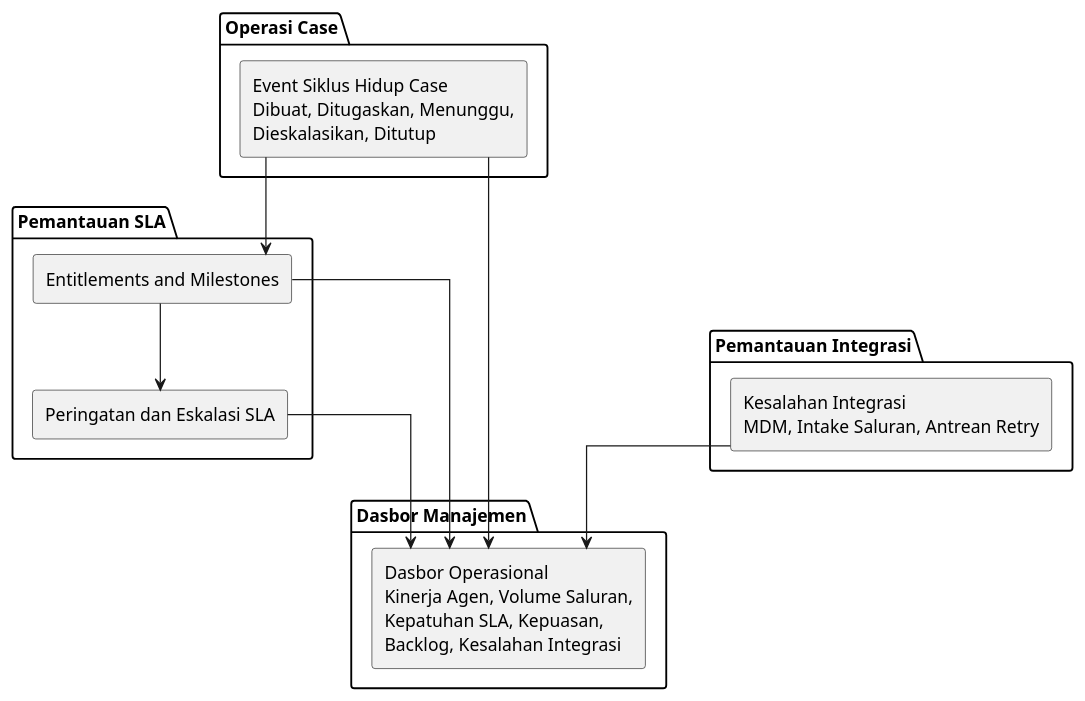
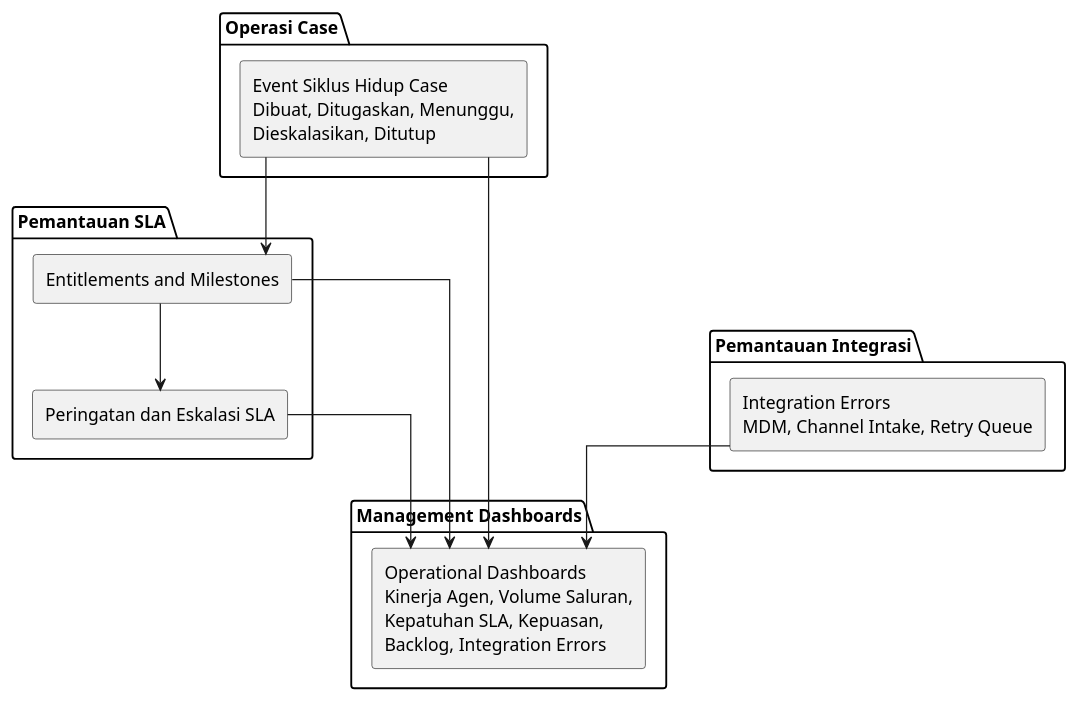
Before and after one commit to jimmytobing/virtusa: diagram 25 of 26 in doc/SADD Task 2 - Bahasa Indonesia.md, drawn with PlantUML. The commit also changed other lines of this file, not shown here.

````diff
--- a/doc/SADD Task 2 - Bahasa Indonesia.md
+++ b/doc/SADD Task 2 - Bahasa Indonesia.md
@@ -1631,33 +1633,33 @@
 ```plantuml
 @startuml
 skinparam componentStyle rectangle
 skinparam linetype ortho
 skinparam nodesep 70
 skinparam ranksep 60
 
 package "Operasi Case" {
   [Event Siklus Hidup Case\nDibuat, Ditugaskan, Menunggu,\nDieskalasikan, Ditutup] as CaseEvents
 }
 
 package "Pemantauan SLA" {
   [Entitlements and Milestones] as Milestones
   [Peringatan dan Eskalasi SLA] as SlaAlerts
 }
 
 package "Pemantauan Integrasi" {
-  [Kesalahan Integrasi\nMDM, Intake Saluran, Antrean Retry] as IntegrationErrors
+  [Integration Errors\nMDM, Channel Intake, Retry Queue] as IntegrationErrors
 }
 
-package "Dasbor Manajemen" {
-  [Dasbor Operasional\nKinerja Agen, Volume Saluran,\nKepatuhan SLA, Kepuasan,\nBacklog, Kesalahan Integrasi] as Dashboards
+package "Management Dashboards" {
+  [Operational Dashboards\nKinerja Agen, Volume Saluran,\nKepatuhan SLA, Kepuasan,\nBacklog, Integration Errors] as Dashboards
 }
 
 CaseEvents --> Milestones
 Milestones --> SlaAlerts
 CaseEvents --> Dashboards
 Milestones --> Dashboards
 SlaAlerts --> Dashboards
 IntegrationErrors --> Dashboards
 
 @enduml
 ```
````
